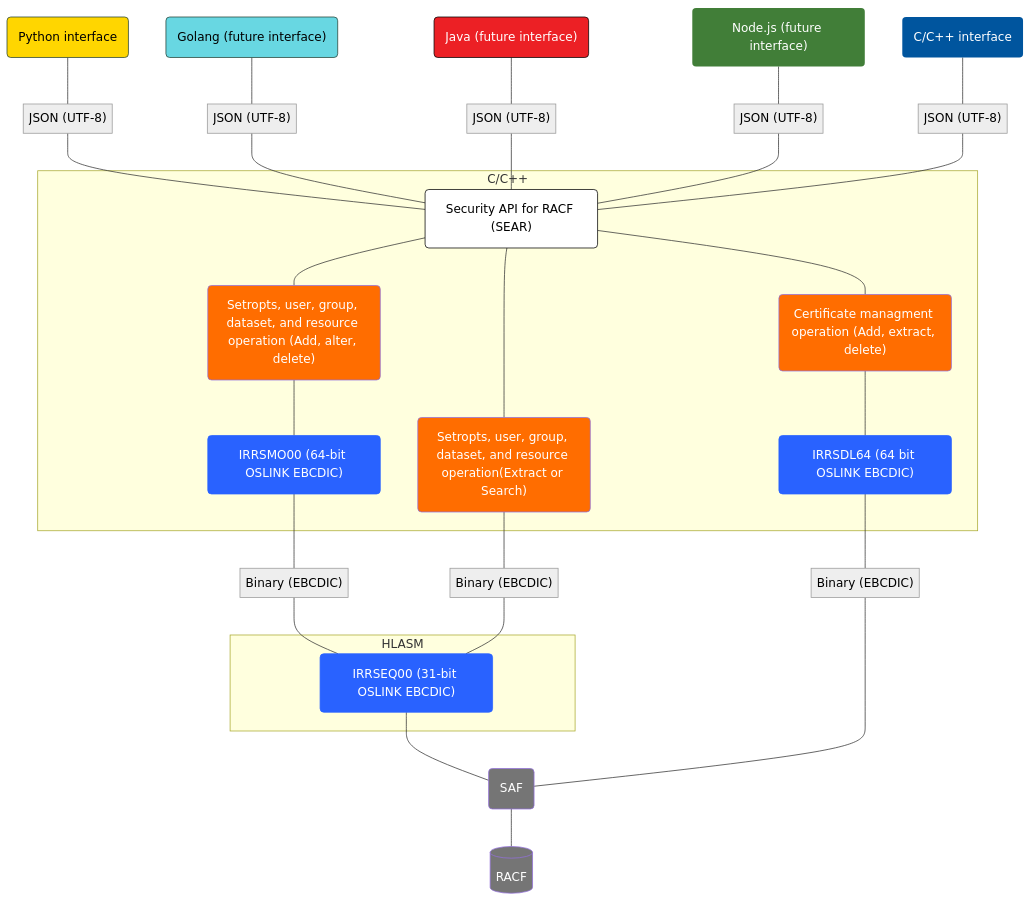
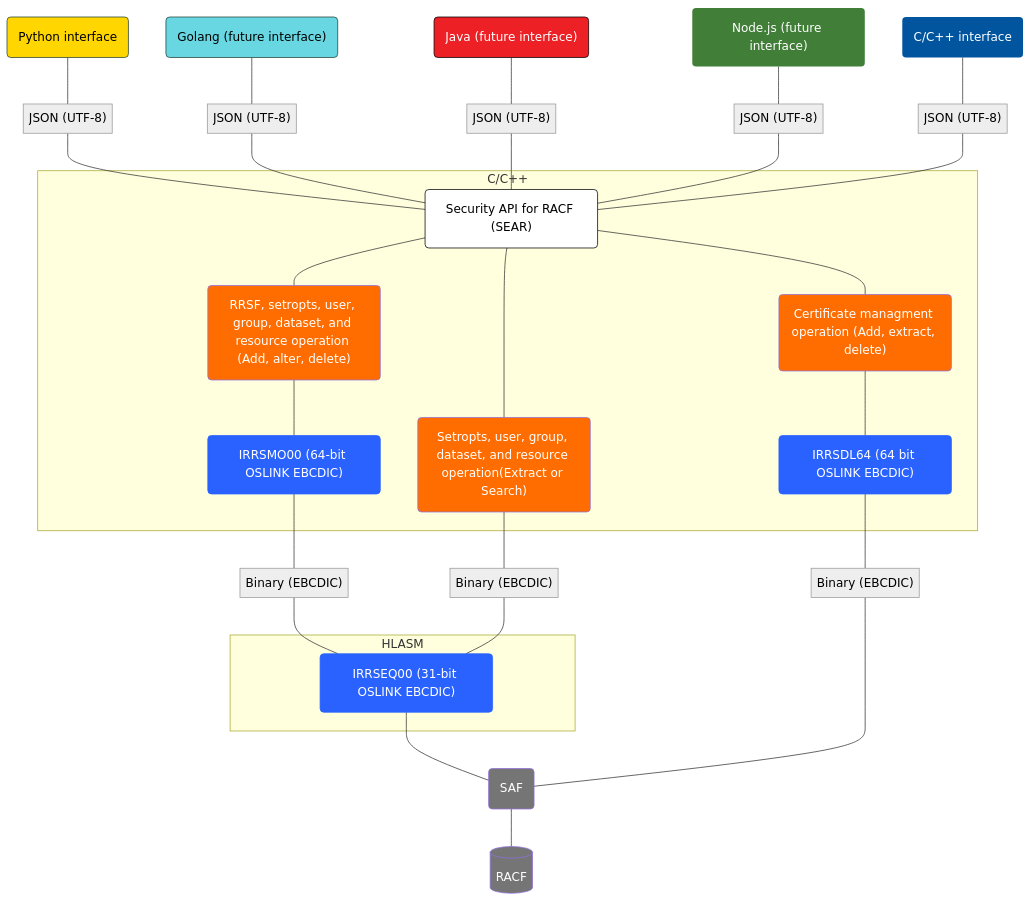
One commit to Mainframe-Renewal-Project/sear-docs changed the diagram in index.md. Above: the diagram before and after it, drawn with Mermaid. The commit also changed 2 other files, not shown here.

Commit message:
Initial work on RRSF documentation

```diff
--- a/index.md
+++ b/index.md
@@ -97,7 +97,7 @@
  subgraph s1["C/C++"]
         n1["Security API for RACF (SEAR)"]
         n2@{ label: "<span style=\"padding-left:\">IRRSMO00 (64-bit OSLINK EBCDIC)</span>" }
-        n5["Setropts, user, group, dataset, and resource operation (Add, alter, delete)"]
+        n5["RRSF, setropts, user, group, dataset, and resource operation (Add, alter, delete)"]
         n11["IRRSDL64 (64 bit OSLINK EBCDIC)"]
         n12["Certificate managment operation (Add, extract, delete)"]
         n7@{ label: "<span style=\"padding-left:\">Setropts, user, group, dataset, and resource operation</span>(Extract or Search)" }
```
